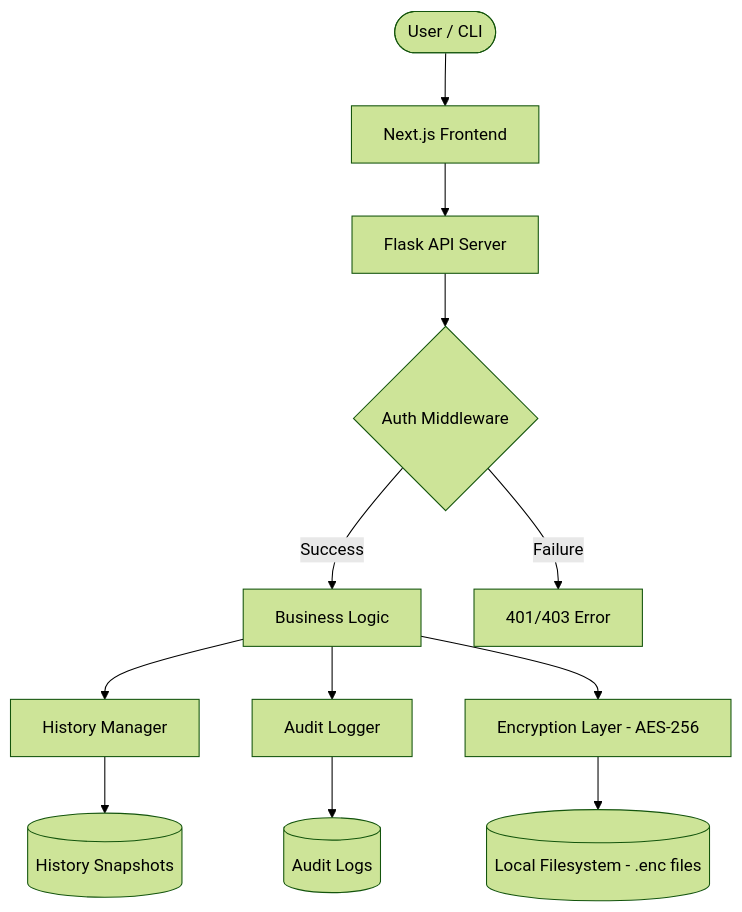
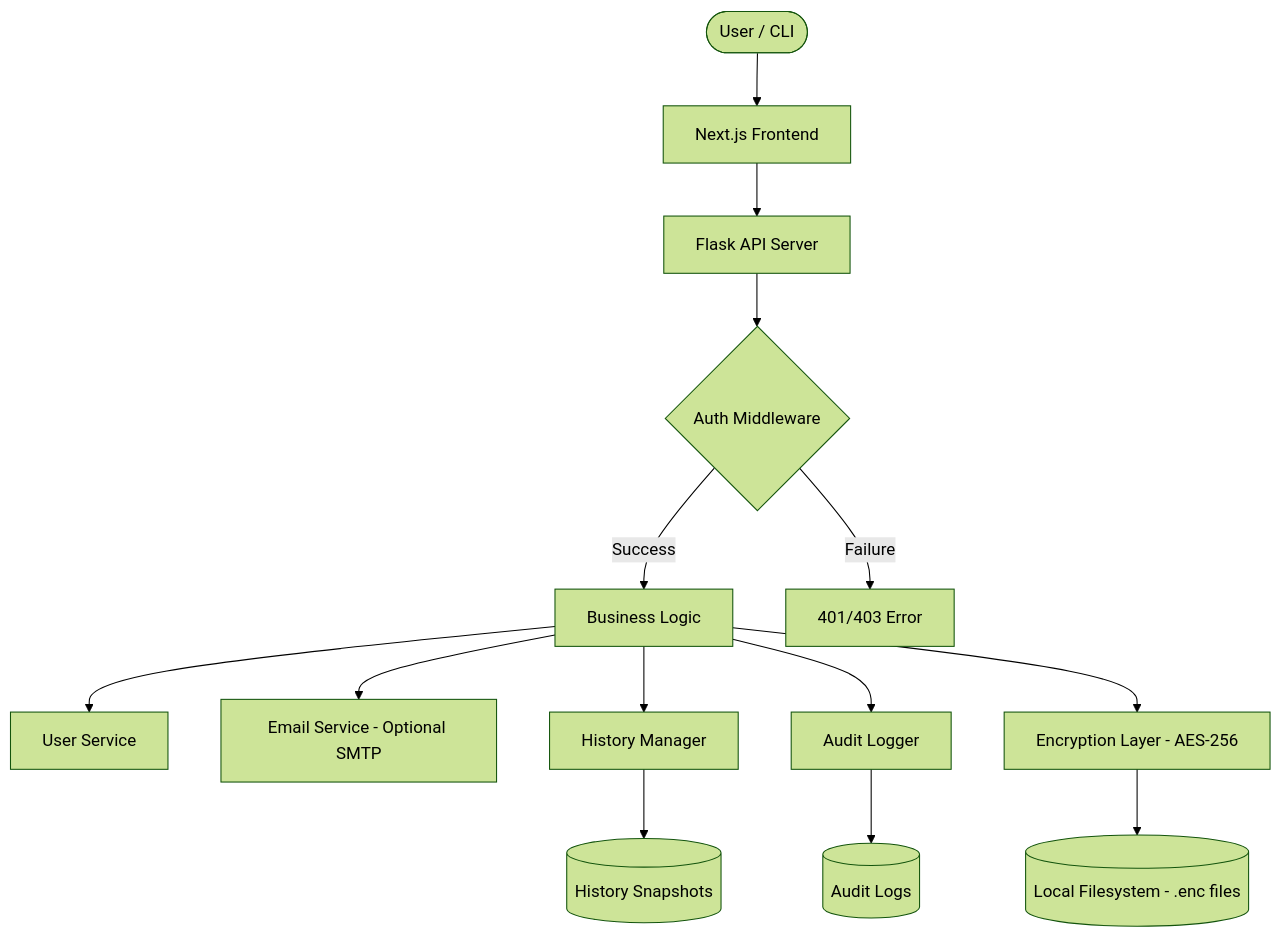
The diagram in docs/architecture.md (niranjansah87/Secure-Enviornment-Manager), drawn with Mermaid (forest theme) before and after one commit. The commit also changed other lines of this file and 14 other files, not shown here.

````diff
--- a/docs/architecture.md
+++ b/docs/architecture.md
@@ -16,16 +18,18 @@
 ```mermaid
 graph TD
     User([User / CLI]) --> UI[Next.js Frontend]
     UI --> API[Flask API Server]
     API --> Auth{Auth Middleware}
     Auth -- Success --> Logic[Business Logic]
     Auth -- Failure --> Error[401/403 Error]
     
+    Logic --> UserSvc[User Service]
+    Logic --> EmailSvc[Email Service - Optional SMTP]
     Logic --> History[History Manager]
     Logic --> Audit[Audit Logger]
     Logic --> Encryption[Encryption Layer - AES-256]
     
     Encryption --> FS[(Local Filesystem - .enc files)]
     History --> Snapshots[(History Snapshots)]
     Audit --> Logs[(Audit Logs)]
 ```
````
